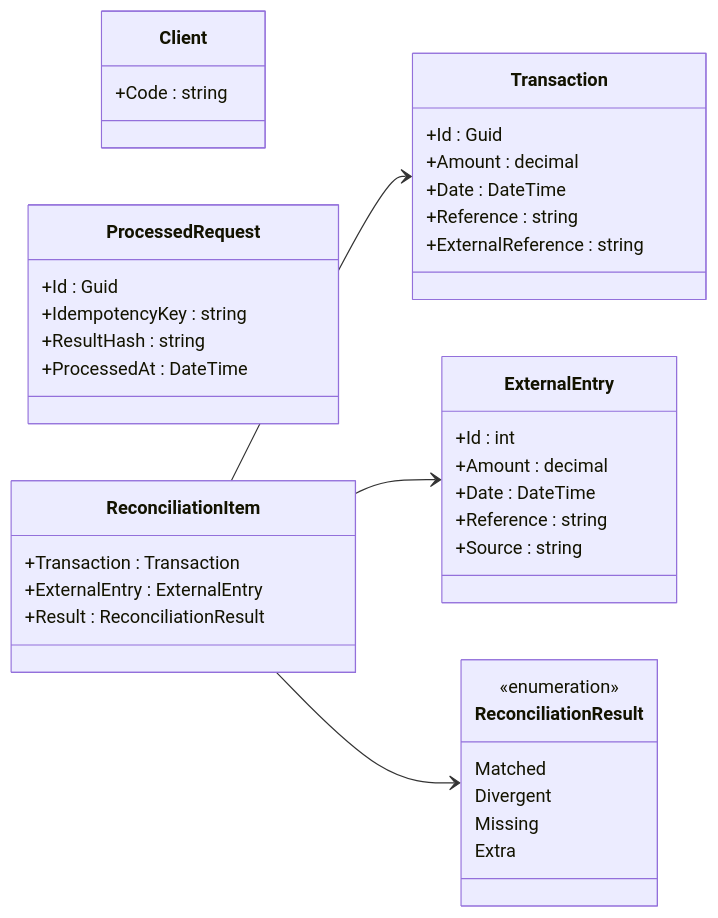
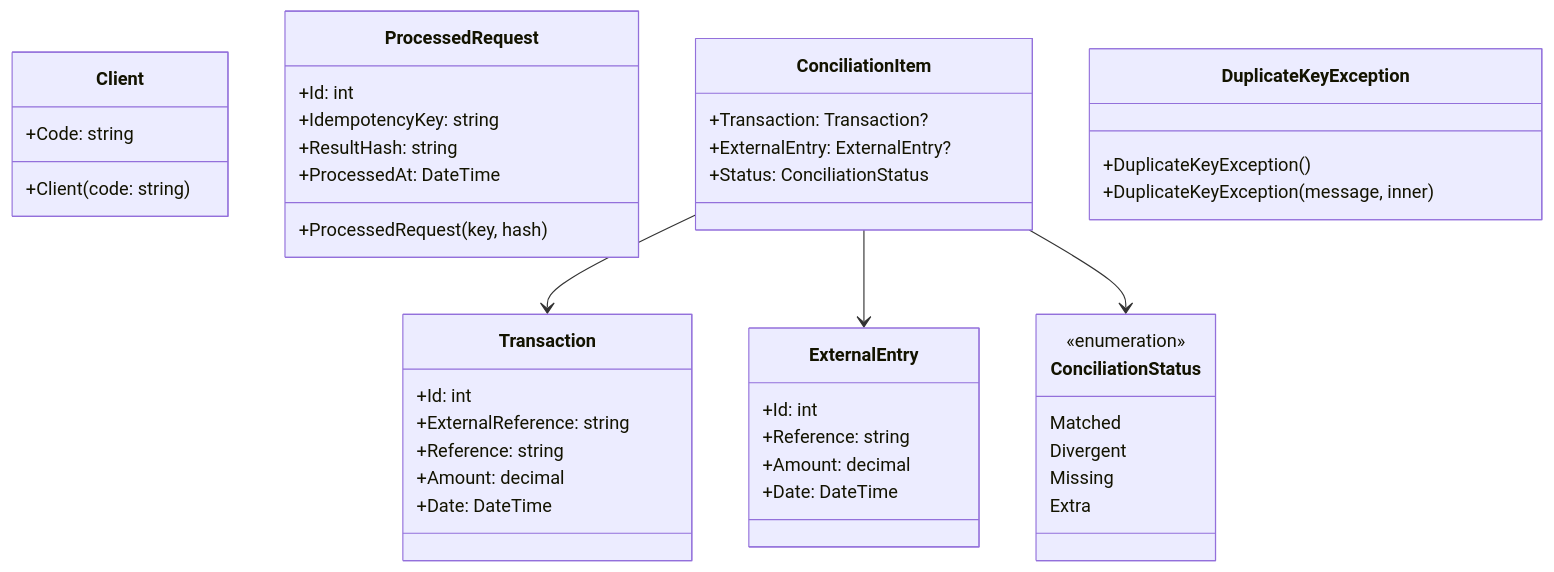
The tenth of 12 diagrams in docs/DIAGRAMAS-PROJETO.md (awernek/Conciliacao), drawn with Mermaid before and after one commit. The commit also changed other lines of this file and 22 other files, not shown here.

````diff
--- a/docs/DIAGRAMAS-PROJETO.md
+++ b/docs/DIAGRAMAS-PROJETO.md
@@ -423,49 +347,53 @@
 ```mermaid
 classDiagram
-    direction LR
-
     class Transaction {
-        +Id : Guid
-        +Amount : decimal
-        +Date : DateTime
-        +Reference : string
-        +ExternalReference : string
+        +Id: int
+        +ExternalReference: string
+        +Reference: string
+        +Amount: decimal
+        +Date: DateTime
     }
 
     class ExternalEntry {
-        +Id : int
-        +Amount : decimal
-        +Date : DateTime
-        +Reference : string
-        +Source : string
+        +Id: int
+        +Reference: string
+        +Amount: decimal
+        +Date: DateTime
     }
 
     class Client {
-        +Code : string
+        +Code: string
+        +Client(code: string)
     }
 
     class ProcessedRequest {
-        +Id : Guid
-        +IdempotencyKey : string
-        +ResultHash : string
-        +ProcessedAt : DateTime
+        +Id: int
+        +IdempotencyKey: string
+        +ResultHash: string
+        +ProcessedAt: DateTime
+        +ProcessedRequest(key, hash)
     }
 
-    class ReconciliationItem {
-        +Transaction : Transaction
-        +ExternalEntry : ExternalEntry
-        +Result : ReconciliationResult
+    class ConciliationItem {
+        +Transaction: Transaction?
+        +ExternalEntry: ExternalEntry?
+        +Status: ConciliationStatus
     }
 
-    class ReconciliationResult {
+    class ConciliationStatus {
         <<enumeration>>
         Matched
         Divergent
         Missing
         Extra
     }
 
-    ReconciliationItem --> Transaction
-    ReconciliationItem --> ExternalEntry
-    ReconciliationItem --> ReconciliationResult
+    class DuplicateKeyException {
+        +DuplicateKeyException()
+        +DuplicateKeyException(message, inner)
+    }
+
+    ConciliationItem --> Transaction
+    ConciliationItem --> ExternalEntry
+    ConciliationItem --> ConciliationStatus
 ```
````
